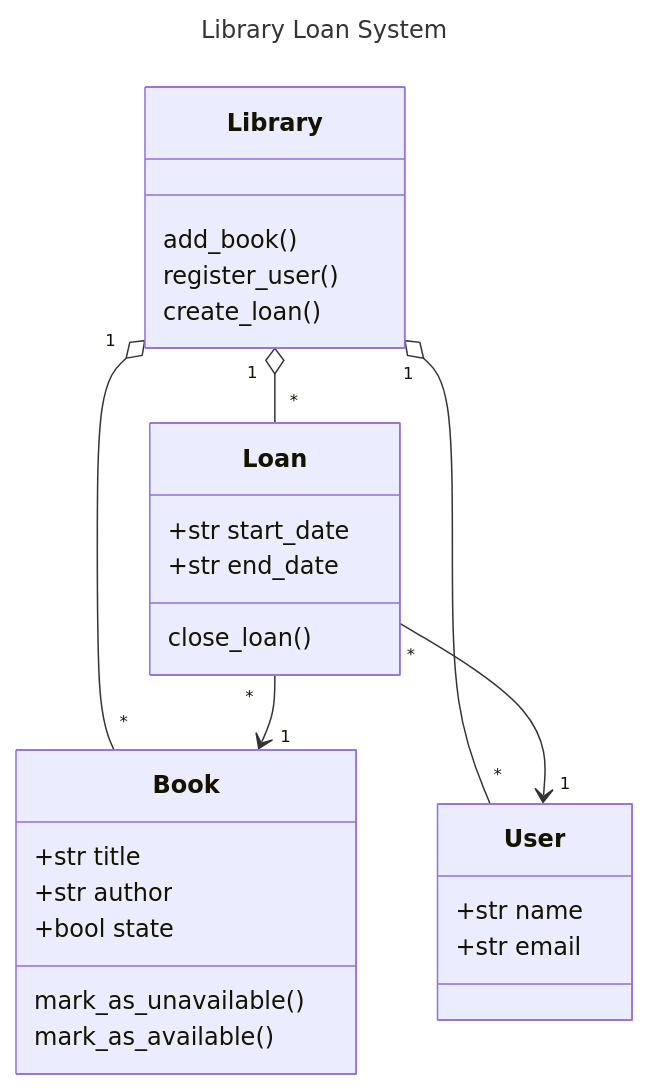
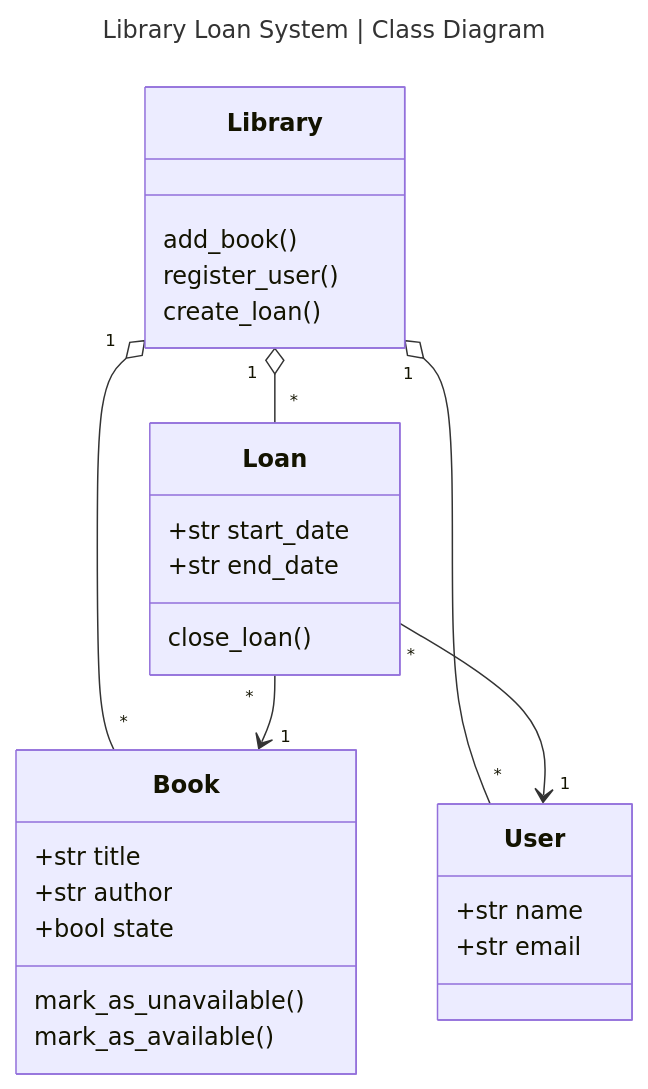
One commit to Litoxam/holbertonschool-sw_design_architecture changed the diagram in uml_intro/0-class_diagram.mmd. Above: the diagram before and after it, drawn with Mermaid.

Commit message:
fix: changed the name of the Title for Class Diagram

```diff
--- a/uml_intro/0-class_diagram.mmd
+++ b/uml_intro/0-class_diagram.mmd
@@ -1,30 +1,30 @@
 ---
-title: Library Loan System
+title: Library Loan System | Class Diagram
 ---
 classDiagram
     class Library{
         add_book()
         register_user()
         create_loan()
     }
     class Book{
         +str title
         +str author
         +bool state
         mark_as_unavailable()
         mark_as_available()
     }
     class User{
         +str name
         +str email
     }
     class Loan{
         +str start_date
         +str end_date
         close_loan()
     }
 Library "1" o-- "*" Book
 Library "1" o-- "*" User
 Library "1" o-- "*" Loan
 Loan "*" --> "1" Book
 Loan "*" --> "1" User
```
